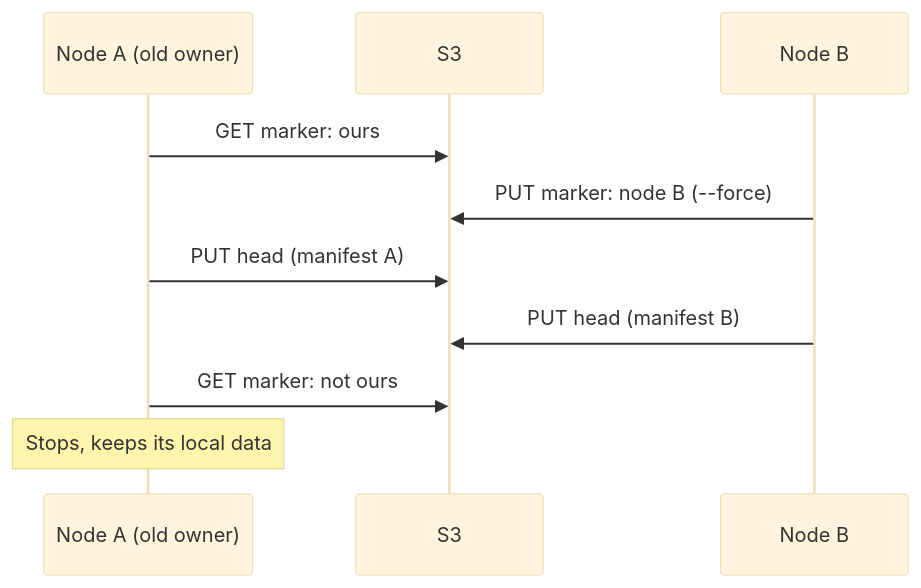
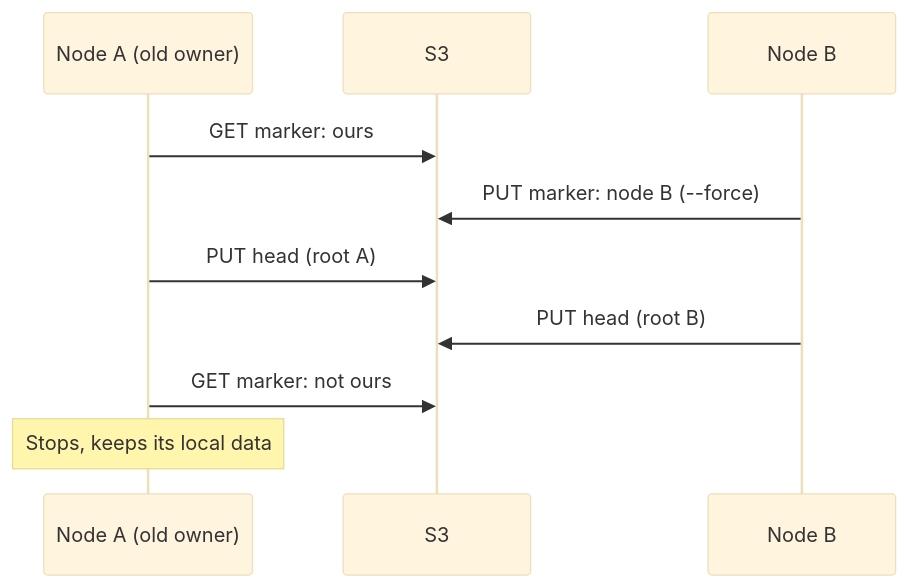
The fourth of 4 diagrams in docs/reliability.md (tanmoysrt/mica), drawn with Mermaid (base theme) before and after one commit. The commit also changed other lines of this file and 38 other files, not shown here.

````diff
--- a/docs/reliability.md
+++ b/docs/reliability.md
@@ -97,13 +113,13 @@
 ```mermaid
 sequenceDiagram
     participant A as Node A (old owner)
     participant S as S3
     participant B as Node B
 
     A->>S: GET marker: ours
     B->>S: PUT marker: node B (--force)
-    A->>S: PUT head (manifest A)
-    B->>S: PUT head (manifest B)
+    A->>S: PUT head (root A)
+    B->>S: PUT head (root B)
     A->>S: GET marker: not ours
     Note over A: Stops, keeps its local data
 ```
````
